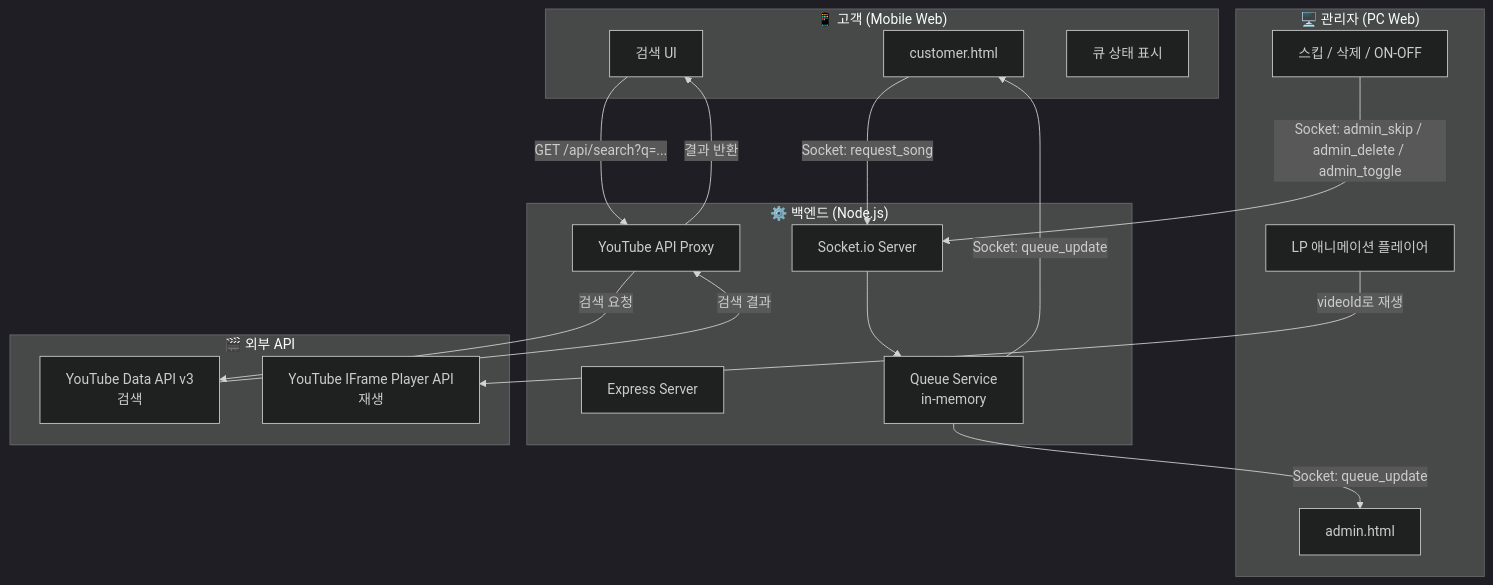
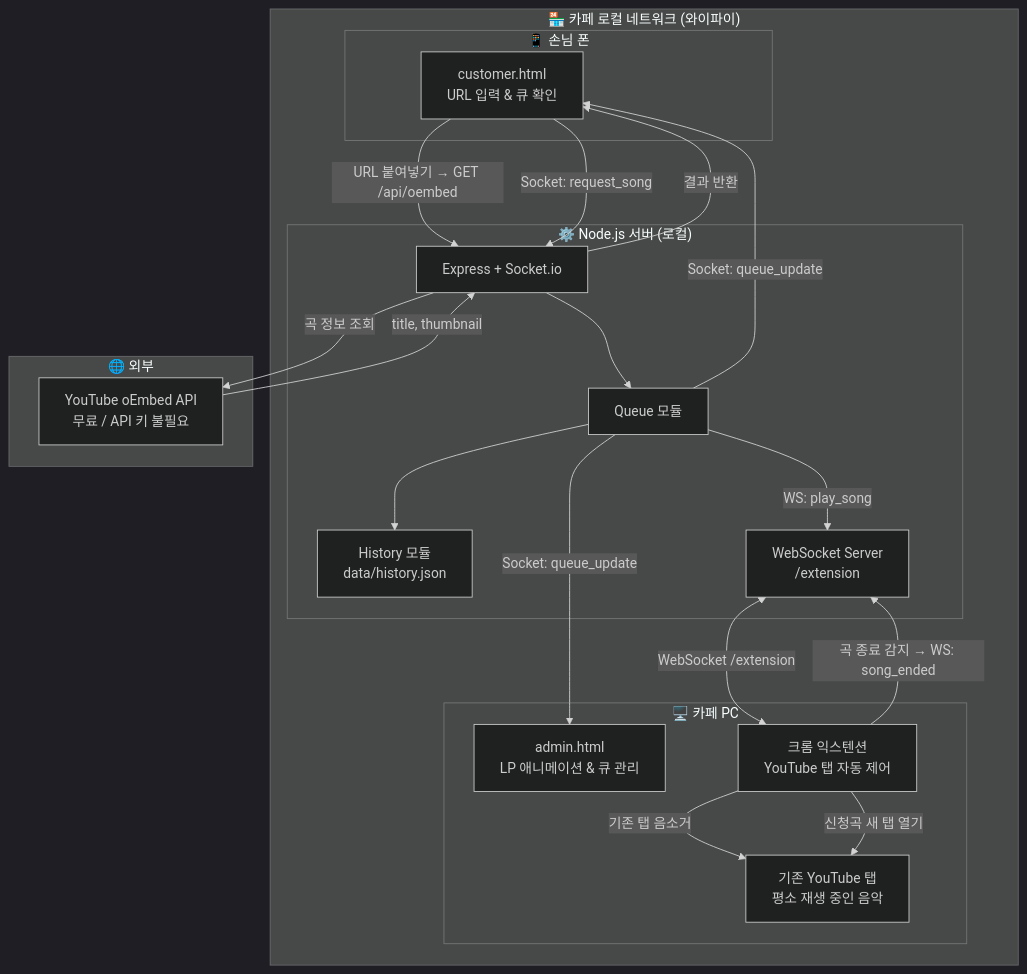
The first of 3 diagrams in README.md (sngmng6506/caffeine-Flow), drawn with Mermaid (dark theme) before and after one commit. The commit also changed other lines of this file, not shown here.

Commit message:
docs: update README to reflect new architecture

````diff
--- a/README.md
+++ b/README.md
@@ -38,39 +41,42 @@
 ```mermaid
 graph TD
-    subgraph Client["📱 고객 (Mobile Web)"]
-        C_UI[customer.html]
-        C_SEARCH[검색 UI]
-        C_QUEUE[큐 상태 표시]
+    subgraph Cafe["🏪 카페 로컬 네트워크 (와이파이)"]
+        subgraph Phone["📱 손님 폰"]
+            C_UI[customer.html<br/>URL 입력 & 큐 확인]
+        end
+
+        subgraph CafePC["🖥️ 카페 PC"]
+            ADMIN[admin.html<br/>LP 애니메이션 & 큐 관리]
+            EXT[크롬 익스텐션<br/>YouTube 탭 자동 제어]
+            YT_TAB[기존 YouTube 탭<br/>평소 재생 중인 음악]
+        end
+
+        subgraph Server["⚙️ Node.js 서버 (로컬)"]
+            EXPRESS[Express + Socket.io]
+            QUEUE[Queue 모듈]
+            HISTORY[History 모듈<br/>data/history.json]
+            WSS[WebSocket Server<br/>/extension]
+        end
     end
 
-    subgraph Admin["🖥️ 관리자 (PC Web)"]
-        A_UI[admin.html]
-        A_LP[LP 애니메이션 플레이어]
-        A_CTRL[스킵 / 삭제 / ON-OFF]
+    subgraph Internet["🌐 외부"]
+        OEMBED[YouTube oEmbed API<br/>무료 / API 키 불필요]
     end
 
-    subgraph Backend["⚙️ 백엔드 (Node.js)"]
-        EXPRESS[Express Server]
-        SOCKET[Socket.io Server]
-        QUEUE_SVC[Queue Service<br/>in-memory]
-        PROXY[YouTube API Proxy]
-    end
+    C_UI -->|URL 붙여넣기 → GET /api/oembed| EXPRESS
+    EXPRESS -->|곡 정보 조회| OEMBED
+    OEMBED -->|title, thumbnail| EXPRESS
+    EXPRESS -->|결과 반환| C_UI
 
-    subgraph YouTube["🎬 외부 API"]
-        YT_DATA[YouTube Data API v3<br/>검색]
-        YT_IFRAME[YouTube IFrame Player API<br/>재생]
-    end
+    C_UI -->|Socket: request_song| EXPRESS
+    EXPRESS --> QUEUE
+    QUEUE -->|Socket: queue_update| C_UI
+    QUEUE -->|Socket: queue_update| ADMIN
+    QUEUE -->|WS: play_song| WSS
+    WSS <-->|WebSocket /extension| EXT
 
-    C_SEARCH -->|"GET /api/search?q=..."| PROXY
-    PROXY -->|검색 요청| YT_DATA
-    YT_DATA -->|검색 결과| PROXY
-    PROXY -->|결과 반환| C_SEARCH
-
-    C_UI -->|"Socket: request_song"| SOCKET
-    SOCKET --> QUEUE_SVC
-    QUEUE_SVC -->|"Socket: queue_update"| C_UI
-    QUEUE_SVC -->|"Socket: queue_update"| A_UI
-
-    A_CTRL -->|"Socket: admin_skip / admin_delete / admin_toggle"| SOCKET
-    A_LP -->|videoId로 재생| YT_IFRAME
+    EXT -->|기존 탭 음소거| YT_TAB
+    EXT -->|신청곡 새 탭 열기| YT_TAB
+    EXT -->|곡 종료 감지 → WS: song_ended| WSS
+    QUEUE --> HISTORY
 ```
````
